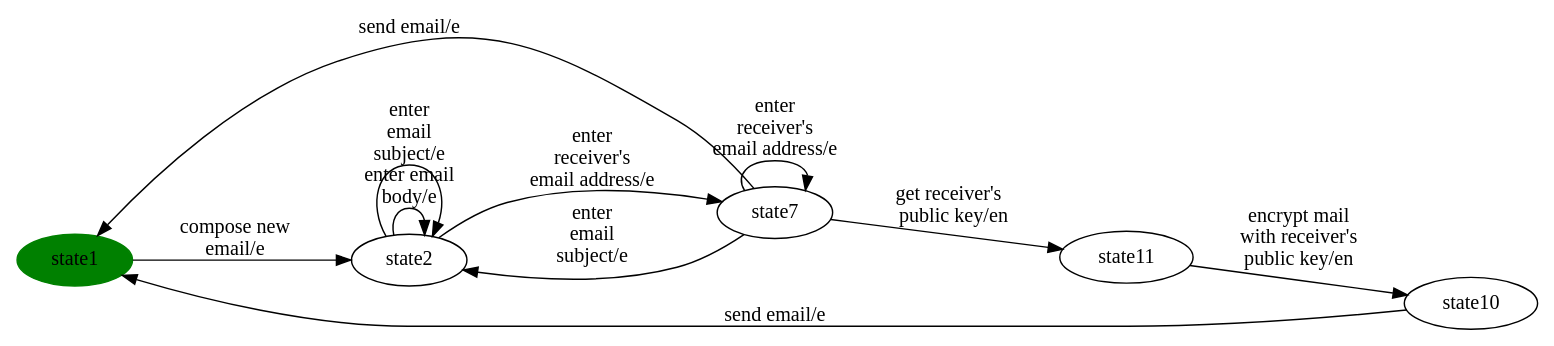
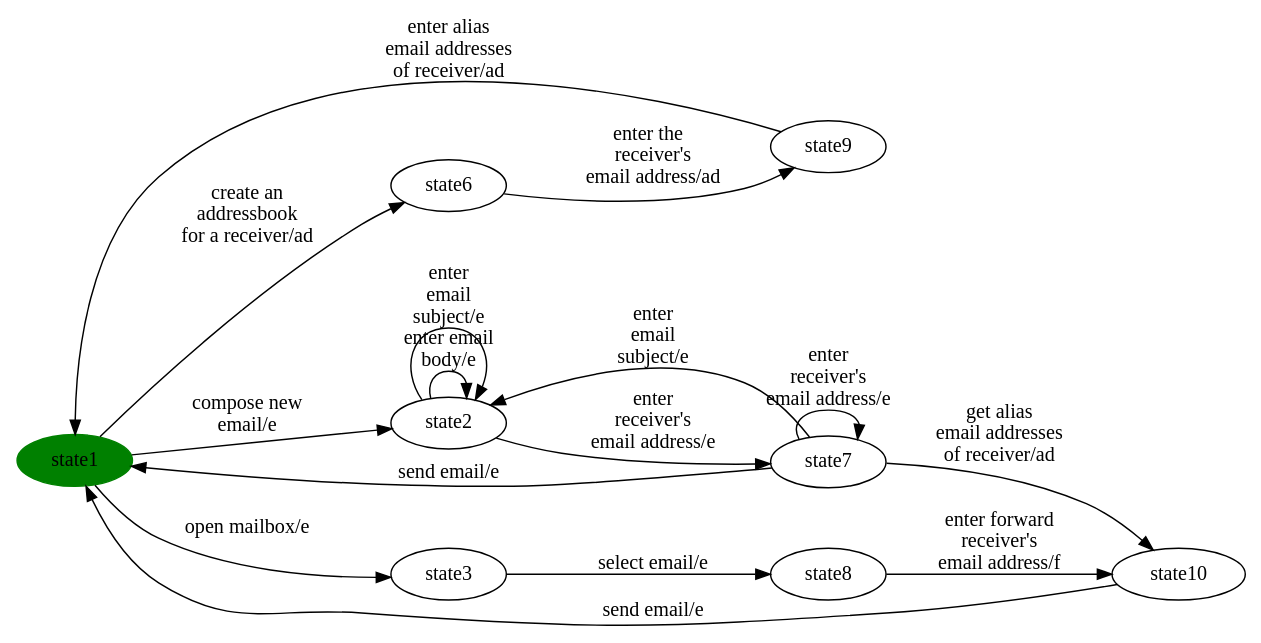
The diagram in automode-reports/per-product/eMail/eMail-product16.dot (dilekozturk93/vibes), drawn with Graphviz before and after one commit. The commit also changed 43 other files, not shown here.

```diff
--- a/automode-reports/per-product/eMail/eMail-product16.dot
+++ b/automode-reports/per-product/eMail/eMail-product16.dot
@@ -1,31 +1,46 @@
 digraph G {
 rankdir=LR;
 state0[ label = "state1", style=filled, color=green ];
-state1 [ label = "state11" ];
-state1 -> state2 [ label=" encrypt mail 
-with receiver's 
-public key/en " ];
-state3 [ label = "state7" ];
-state3 -> state0 [ label=" send email/e " ];
-state3 -> state1 [ label=" get receiver's  
-public key/en " ];
-state3 -> state4 [ label=" enter
+state1 [ label = "state9" ];
+state1 -> state0 [ label=" enter alias 
+email addresses 
+of receiver/ad " ];
+state2 [ label = "state6" ];
+state2 -> state1 [ label=" enter the  
+receiver's 
+email address/ad " ];
+state3 [ label = "state8" ];
+state3 -> state4 [ label=" enter forward 
+receiver's 
+email address/f " ];
+state4 [ label = "state10" ];
+state4 -> state0 [ label=" send email/e " ];
+state5 [ label = "state7" ];
+state5 -> state0 [ label=" send email/e " ];
+state5 -> state6 [ label=" enter
  email 
 subject/e " ];
-state3 -> state3 [ label=" enter 
+state5 -> state5 [ label=" enter 
 receiver's 
 email address/e " ];
-state2 [ label = "state10" ];
-state2 -> state0 [ label=" send email/e " ];
-state4 [ label = "state2" ];
-state4 -> state4 [ label=" enter email 
+state5 -> state4 [ label=" get alias 
+email addresses 
+of receiver/ad " ];
+state6 [ label = "state2" ];
+state6 -> state5 [ label=" enter 
+receiver's 
+email address/e " ];
+state6 -> state6 [ label=" enter email 
 body/e " ];
-state4 -> state4 [ label=" enter
+state6 -> state6 [ label=" enter
  email 
 subject/e " ];
-state4 -> state3 [ label=" enter 
-receiver's 
-email address/e " ];
-state0 -> state4 [ label=" compose new 
+state0 -> state7 [ label=" open mailbox/e " ];
+state0 -> state2 [ label=" create an 
+addressbook 
+for a receiver/ad " ];
+state0 -> state6 [ label=" compose new 
 email/e " ];
+state7 [ label = "state3" ];
+state7 -> state3 [ label=" select email/e " ];
 }
```
